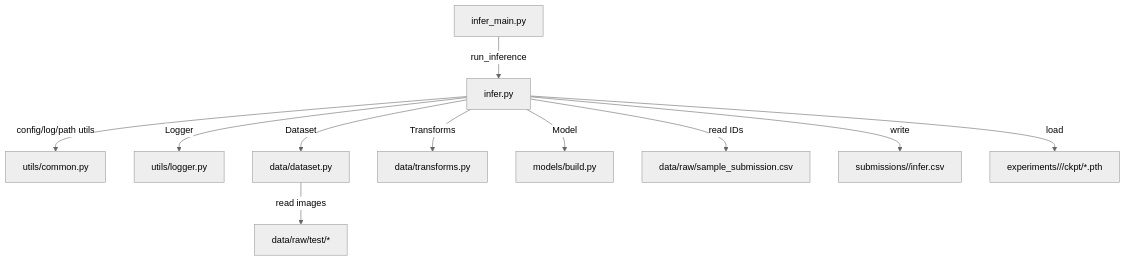
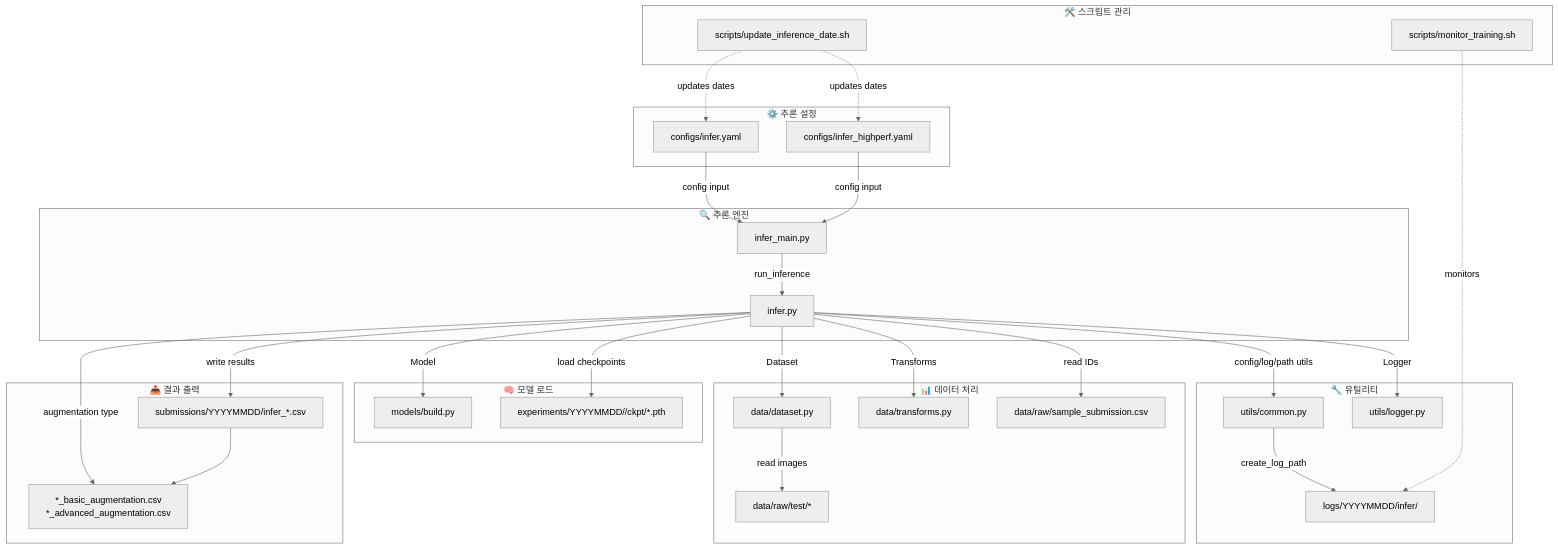
One commit to nimnusmik/CV_documents_classification_competition changed the first of 2 diagrams in docs/pipelines/추론_파이프라인_가이드.md. Above: the diagram before and after it, drawn with Mermaid (neutral theme). The commit also changed other lines of this file and 5 other files, not shown here.

````diff
--- a/docs/pipelines/추론_파이프라인_가이드.md
+++ b/docs/pipelines/추론_파이프라인_가이드.md
@@ -207,14 +207,47 @@
 ```mermaid
 flowchart TD
-A[infer_main.py] -->|run_inference| B[infer.py]
-B -->|config/log/path utils| C[utils/common.py]
-B -->|Logger| J[utils/logger.py]
-B -->|Dataset| D[data/dataset.py]
-B -->|Transforms| E[data/transforms.py]
-B -->|Model| F[models/build.py]
-D -->|read images| K[data/raw/test/*]
-B -->|read IDs| L[data/raw/sample_submission.csv]
-B -->|write| M[submissions/<YYYYMMDD>/infer.csv]
-B -->|load| N[experiments/<YYYYMMDD>/<run_name>/ckpt/*.pth]
 
+subgraph "🛠️ 스크립트 관리"
+    S1[scripts/update_inference_date.sh]
+    S2[scripts/monitor_training.sh]
+end
+
+subgraph "⚙️ 추론 설정"
+    C1[configs/infer.yaml]
+    C2[configs/infer_highperf.yaml]
+end
+
+subgraph "🔍 추론 엔진"
+    A[infer_main.py] -->|run_inference| B[infer.py]
+end
+
+subgraph "🔧 유틸리티"
+    B -->|config/log/path utils| C[utils/common.py]
+    B -->|Logger| J[utils/logger.py]
+    C -->|create_log_path| L1[logs/YYYYMMDD/infer/]
+end
+
+subgraph "📊 데이터 처리"
+    B -->|Dataset| D[data/dataset.py]
+    B -->|Transforms| E[data/transforms.py]
+    D -->|read images| K[data/raw/test/*]
+    B -->|read IDs| L[data/raw/sample_submission.csv]
+end
+
+subgraph "🧠 모델 로드"
+    B -->|Model| F[models/build.py]
+    B -->|load checkpoints| N[experiments/YYYYMMDD/<run_name>/ckpt/*.pth]
+end
+
+subgraph "📤 결과 출력"
+    B -->|write results| M[submissions/YYYYMMDD/infer_*.csv]
+    B -->|augmentation type| M2[*_basic_augmentation.csv<br/>*_advanced_augmentation.csv]
+end
+
+S1 -.->|updates dates| C1
+S1 -.->|updates dates| C2
+S2 -.->|monitors| L1
+C1 -->|config input| A
+C2 -->|config input| A
+M --> M2
 ```
````
